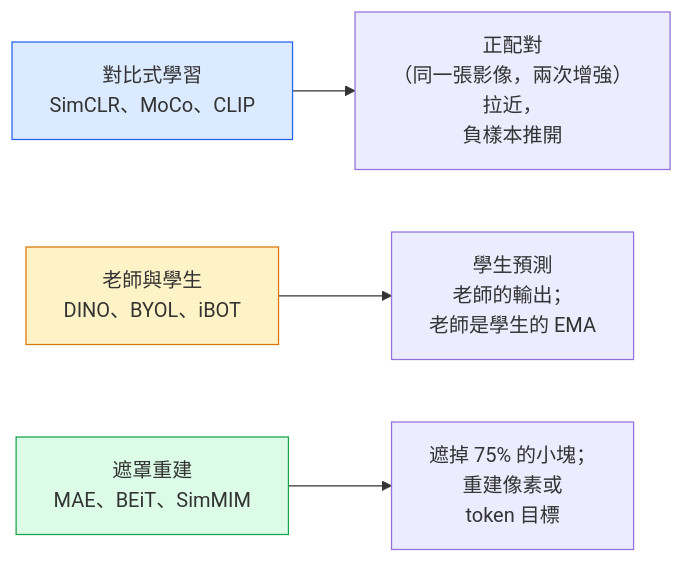
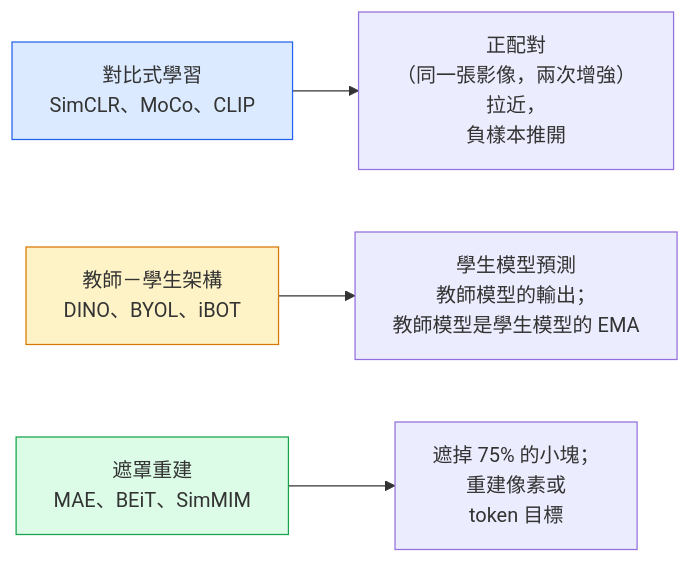
Before and after one commit to edward821220/ai-engineering-from-scratch: the diagram in i18n/zh-TW/phases/04-computer-vision/17-self-supervised-vision/docs/zh-TW.md, drawn with Mermaid. The commit also changed other lines of this file and 42 other files, not shown here.

````diff
--- a/i18n/zh-TW/phases/04-computer-vision/17-self-supervised-vision/docs/zh-TW.md
+++ b/i18n/zh-TW/phases/04-computer-vision/17-self-supervised-vision/docs/zh-TW.md
@@ -29,10 +29,10 @@
 ```mermaid
 flowchart LR
     A["對比式學習<br/>SimCLR、MoCo、CLIP"] --> AT["正配對<br/>（同一張影像，兩次增強）<br/>拉近，<br/>負樣本推開"]
-    B["老師與學生<br/>DINO、BYOL、iBOT"] --> BT["學生預測<br/>老師的輸出；<br/>老師是學生的 EMA"]
+    B["教師－學生架構<br/>DINO、BYOL、iBOT"] --> BT["學生模型預測<br/>教師模型的輸出；<br/>教師模型是學生模型的 EMA"]
     C["遮罩重建<br/>MAE、BEiT、SimMIM"] --> CT["遮掉 75% 的小塊；<br/>重建像素或<br/>token 目標"]
 
     style A fill:#dbeafe,stroke:#2563eb
     style B fill:#fef3c7,stroke:#d97706
     style C fill:#dcfce7,stroke:#16a34a
 ```
````
